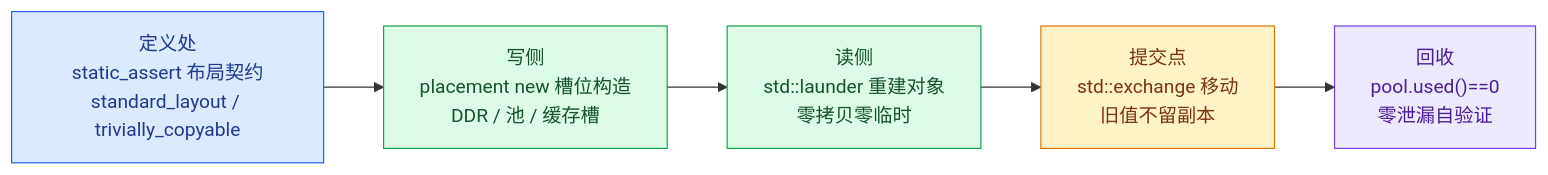
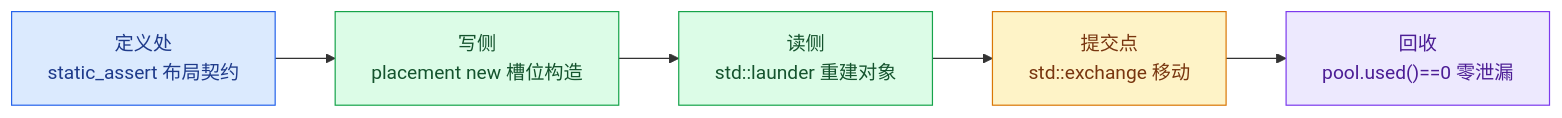
Before and after one commit to DeguiLiu/coact: the fourth of 4 diagrams in docs/blogs/10-isp-pipeline-cpp17-discipline-and-pointer-governance.md, drawn with Mermaid. The commit also changed other lines of this file and 5 other files, not shown here.

````diff
--- a/docs/blogs/10-isp-pipeline-cpp17-discipline-and-pointer-governance.md
+++ b/docs/blogs/10-isp-pipeline-cpp17-discipline-and-pointer-governance.md
@@ -149,14 +173,14 @@
 ```mermaid
 flowchart LR
-    A["定义处<br/>static_assert 布局契约<br/>standard_layout / trivially_copyable"]:::def
-    B["写侧<br/>placement new 槽位构造<br/>DDR / 池 / 缓存槽"]:::w
-    C["读侧<br/>std::launder 重建对象<br/>零拷贝零临时"]:::r
-    D["提交点<br/>std::exchange 移动<br/>旧值不留副本"]:::m
-    E["回收<br/>pool.used()==0<br/>零泄漏自验证"]:::v
+    A["定义处<br/>static_assert 布局契约"]:::def
+    B["写侧<br/>placement new 槽位构造"]:::w
+    C["读侧<br/>std::launder 重建对象"]:::r
+    D["提交点<br/>std::exchange 移动"]:::m
+    E["回收<br/>pool.used()==0 零泄漏"]:::v
     A --> B --> C --> D --> E
     classDef def fill:#dbeafe,stroke:#2563eb,color:#1e3a8a
     classDef w fill:#dcfce7,stroke:#16a34a,color:#14532d
     classDef r fill:#dcfce7,stroke:#16a34a,color:#14532d
     classDef m fill:#fef3c7,stroke:#d97706,color:#78350f
     classDef v fill:#ede9fe,stroke:#7c3aed,color:#4c1d95
 ```
````
